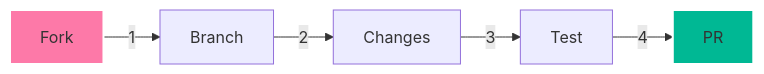
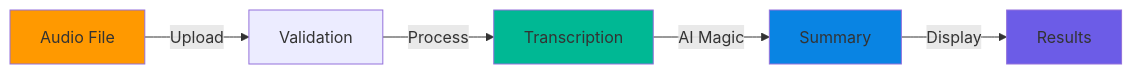
The diagram in Readme.MD (ankita1477/ninjanotes), drawn with Mermaid before and after one commit. The commit also changed other lines of this file and 1 other file, not shown here.

````diff
--- a/Readme.MD
+++ b/Readme.MD
@@ -151,10 +42,12 @@
 ```mermaid
 graph LR
-    A[Fork] -->|1| B[Branch]
-    B -->|2| C[Changes]
-    C -->|3| D[Test]
-    D -->|4| E[PR]
+    A[Audio File] -->|Upload| B[Validation]
+    B -->|Process| C[Transcription]
+    C -->|AI Magic| D[Summary]
+    D -->|Display| E[Results]
     
-    style A fill:#fd79a8,stroke:#fff,stroke-width:2px
-    style E fill:#00b894,stroke:#fff,stroke-width:2px
+    style A fill:#ff9900
+    style C fill:#00b894
+    style D fill:#0984e3
+    style E fill:#6c5ce7
 ```
````
